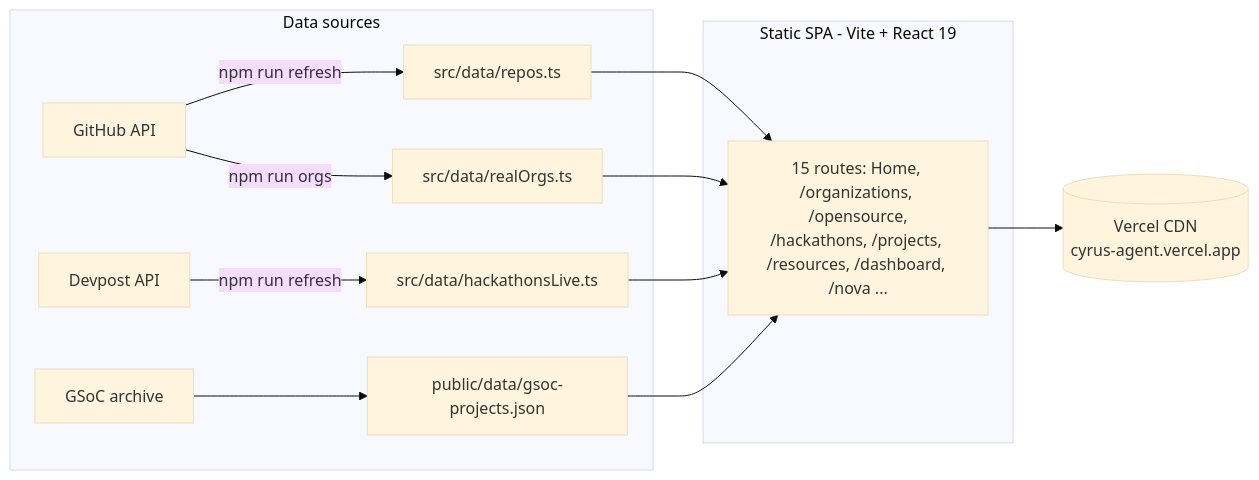
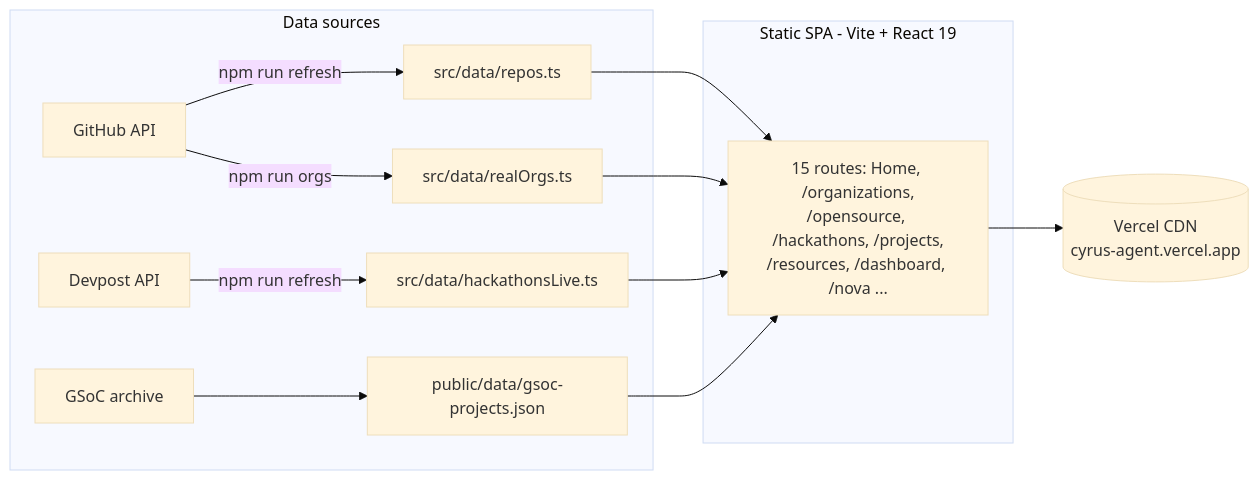
Before and after one commit to adityalenova/cyrus-ai: the second of 2 diagrams in README.md, drawn with Mermaid (base theme). The commit also changed other lines of this file and 1 other file, not shown here.

````diff
--- a/README.md
+++ b/README.md
@@ -54,13 +150,13 @@
 ```mermaid
 flowchart LR
     subgraph sources [Data sources]
         GH[GitHub API] -->|npm run refresh| D1[src/data/repos.ts]
         GH -->|npm run orgs| D2[src/data/realOrgs.ts]
         DP[Devpost API] -->|npm run refresh| D3[src/data/hackathonsLive.ts]
         SOC[GSoC archive] --> D4[public/data/gsoc-projects.json]
     end
     subgraph app [Static SPA - Vite + React 19]
-        D1 & D2 & D3 & D4 --> PAGES[15 routes: Home, /organizations, /opensource,<br/>/hackathons, /projects, /resources, /dashboard, /nova ...]
+        D1 & D2 & D3 & D4 --> PAGES[15 routes: Home, /organizations,<br/>/opensource, /hackathons, /projects,<br/>/resources, /dashboard, /nova ...]
     end
     PAGES --> V[(Vercel CDN<br/>cyrus-agent.vercel.app)]
 ```
````
